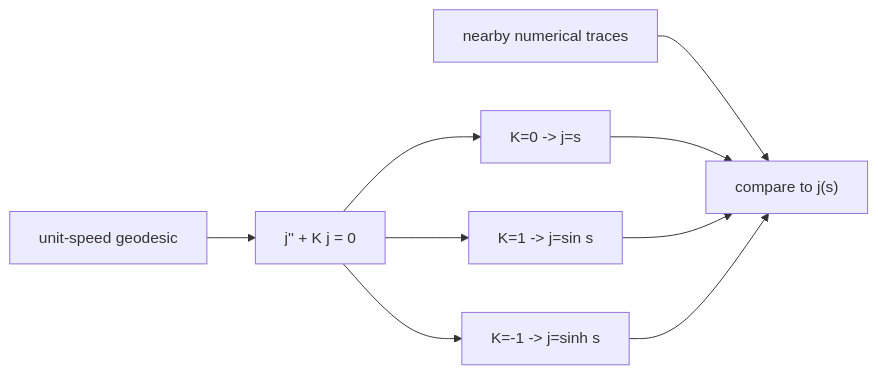
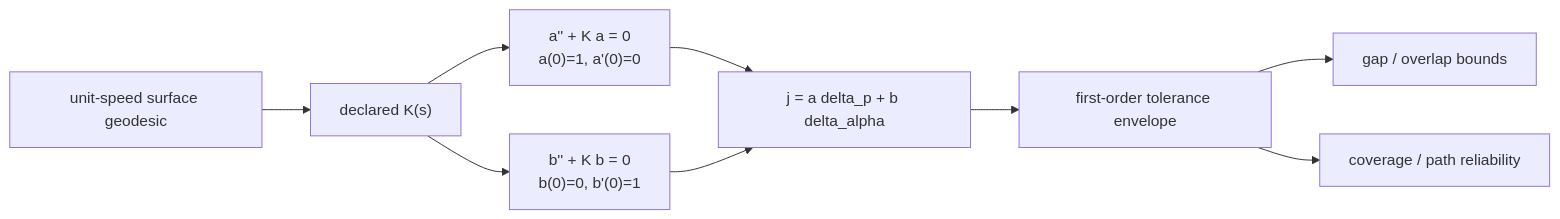
The diagram in README.md (giasonpooni/Geodesic-Flow-and-Jacobi-Field-Testbed), drawn with Mermaid before and after one commit. The commit also changed other lines of this file and 18 other files, not shown here.

````diff
--- a/README.md
+++ b/README.md
@@ -17,11 +32,11 @@
 ```mermaid
 flowchart LR
-  Geo["unit-speed geodesic"] --> Jode["j'' + K j = 0"]
-  Jode --> K0["K=0 -> j=s"]
-  Jode --> K1["K=1 -> j=sin s"]
-  Jode --> Km["K=-1 -> j=sinh s"]
-  Num["nearby numerical traces"] --> Cmp["compare to j(s)"]
-  K0 --> Cmp
-  K1 --> Cmp
-  Km --> Cmp
+  Geo["unit-speed surface geodesic"] --> K["declared K(s)"]
+  K --> A["a'' + K a = 0\na(0)=1, a'(0)=0"]
+  K --> B["b'' + K b = 0\nb(0)=0, b'(0)=1"]
+  A --> J["j = a delta_p + b delta_alpha"]
+  B --> J
+  J --> Tol["first-order tolerance envelope"]
+  Tol --> Mfg["gap / overlap bounds"]
+  Tol --> Insp["coverage / path reliability"]
 ```
````
